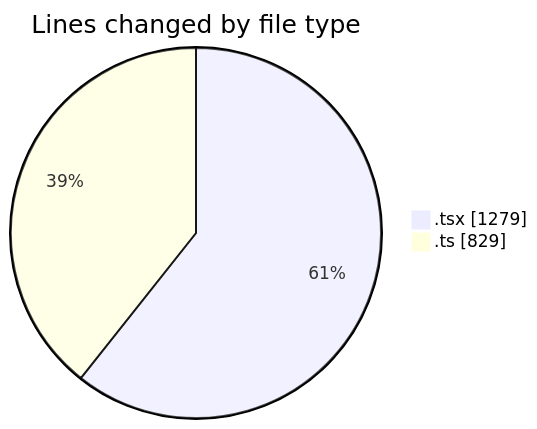
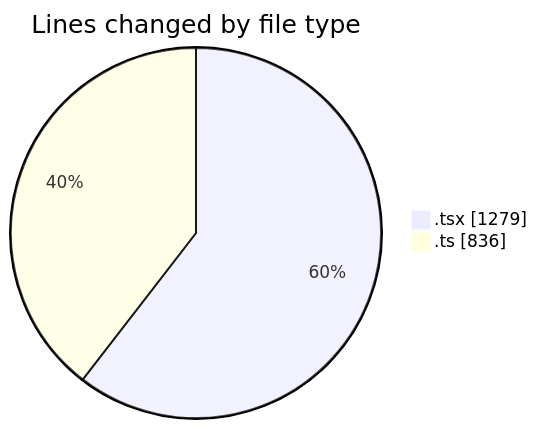
One commit to nxtqubesakshisongat/code-tracking changed the first of 2 diagrams in 2026-02-27/nxtqube_webapp/README.md. Above: the diagram before and after it, drawn with Mermaid. The commit also changed other lines of this file and 1 other file, not shown here.

````diff
--- a/2026-02-27/nxtqube_webapp/README.md
+++ b/2026-02-27/nxtqube_webapp/README.md
@@ -24,6 +24,6 @@
 ```mermaid
 pie showData
 title Lines changed by file type
 ".tsx" : 1279
-".ts" : 829
+".ts" : 836
 ```
````
